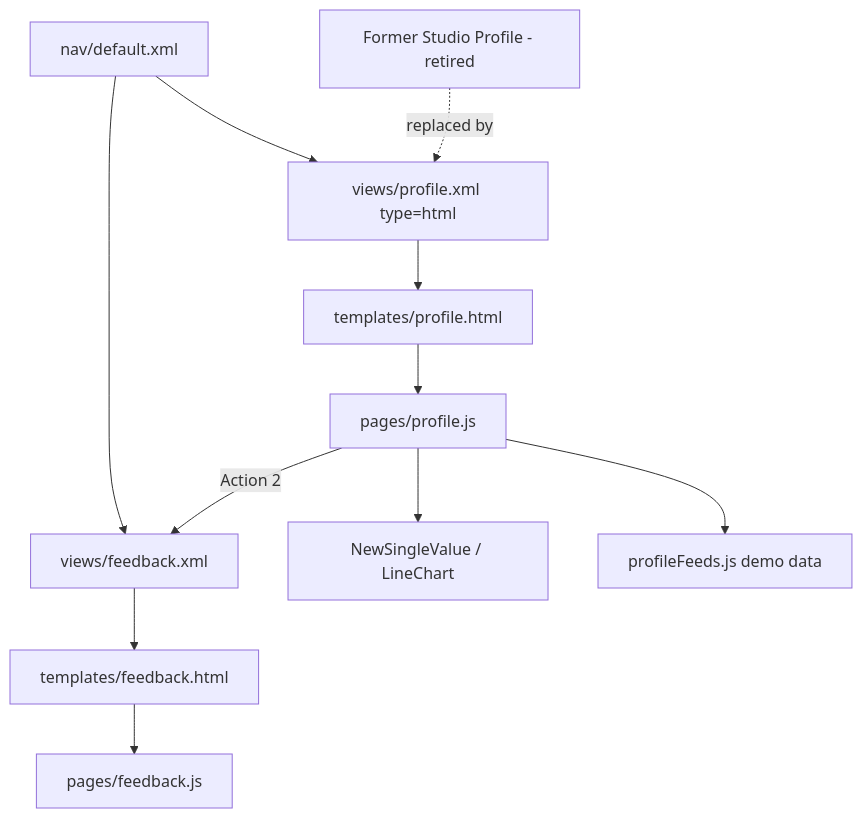
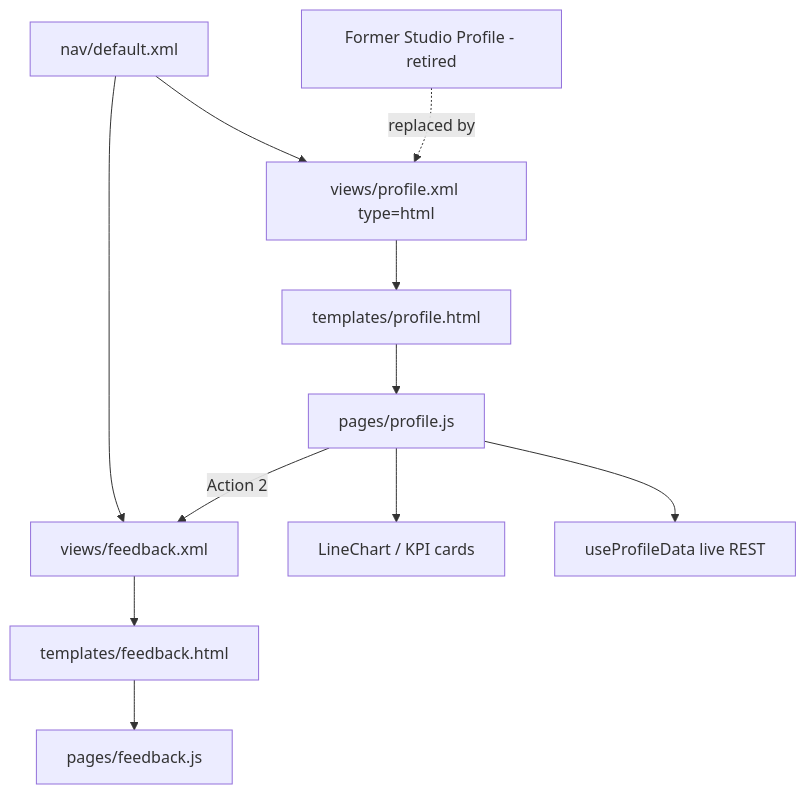
The diagram in packages/splunk-one/PROFILE-REACT-APP-TDD.md (bleeclark/splunkStuff), drawn with Mermaid before and after one commit. The commit also changed other lines of this file and 20 other files, not shown here.

Commit message:
Refactor Profile React app to utilize live Splunk REST data, replacing mock fixtures. Updated filtering logic to map selections to SPL parameters and removed deprecated demo feed files. Enhanced error handling and loading states in the UI. Incremented asset version for clarity.

````diff
--- a/packages/splunk-one/PROFILE-REACT-APP-TDD.md
+++ b/packages/splunk-one/PROFILE-REACT-APP-TDD.md
@@ -80,22 +80,22 @@
 ```mermaid
 flowchart TB
   nav[nav/default.xml]
   studioX[Former Studio Profile - retired]
   profileView[views/profile.xml type=html]
   feedbackView[views/feedback.xml]
   profileTpl[templates/profile.html]
   feedbackTpl[templates/feedback.html]
   profileJs[pages/profile.js]
   feedbackJs[pages/feedback.js]
-  feeds[profileFeeds.js demo data]
-  viz[NewSingleValue / LineChart]
+  feeds[useProfileData live REST]
+  viz[LineChart / KPI cards]
 
   studioX -.->|replaced by| profileView
   nav --> profileView
   nav --> feedbackView
   profileView --> profileTpl --> profileJs
   feedbackView --> feedbackTpl --> feedbackJs
   profileJs --> feeds
   profileJs --> viz
   profileJs -->|"Action 2"| feedbackView
 ```
````
